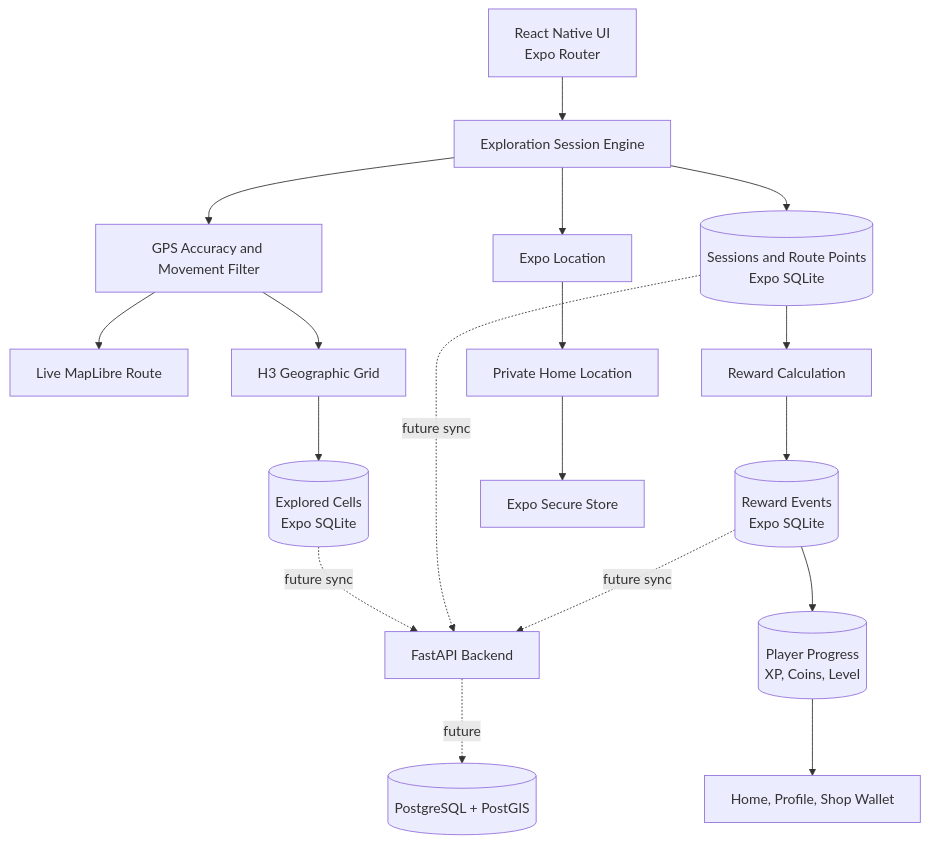
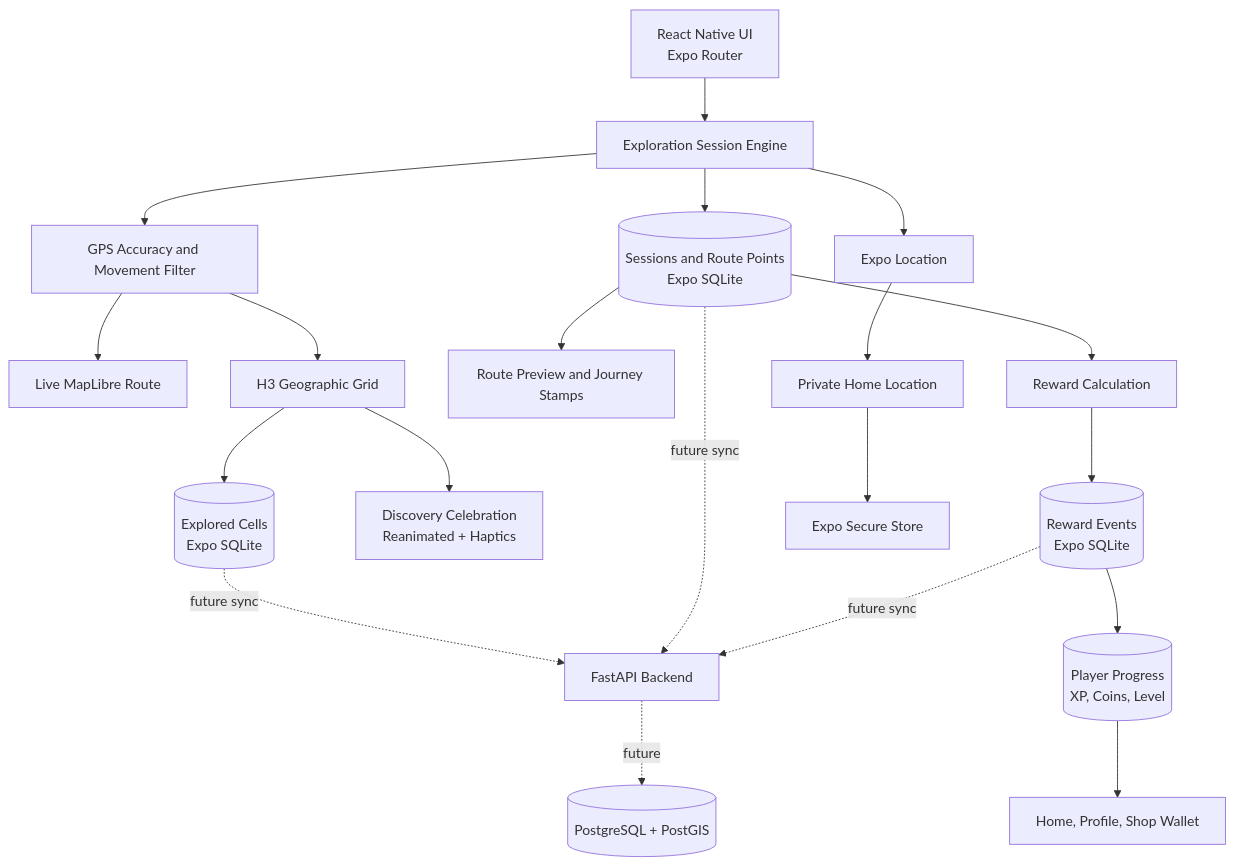
One commit to EdisonSenpai/Arukiyo changed the diagram in README.md. Above: the diagram before and after it, drawn with Mermaid. The commit also changed other lines of this file and 11 other files, not shown here.

First line of the commit message:
feat: add discovery feedback and journey celebrations (#3)

````diff
--- a/README.md
+++ b/README.md
@@ -192,20 +228,22 @@
 ```mermaid
 flowchart TD
     UI[React Native UI\nExpo Router] --> EXP[Exploration Session Engine]
     EXP --> GPS[Expo Location]
     EXP --> FILTER[GPS Accuracy and Movement Filter]
     FILTER --> ROUTE[Live MapLibre Route]
     FILTER --> GRID[H3 Geographic Grid]
     GRID --> CELLS[(Explored Cells\nExpo SQLite)]
+    GRID --> DISCOVERY[Discovery Celebration\nReanimated + Haptics]
     EXP --> SESSIONS[(Sessions and Route Points\nExpo SQLite)]
+    SESSIONS --> SUMMARY[Route Preview and Journey Stamps]
     SESSIONS --> REWARDS[Reward Calculation]
     REWARDS --> EVENTS[(Reward Events\nExpo SQLite)]
     EVENTS --> PLAYER[(Player Progress\nXP, Coins, Level)]
     PLAYER --> DASH[Home, Profile, Shop Wallet]
     GPS --> HOME[Private Home Location]
     HOME --> SECURE[Expo Secure Store]
     CELLS -. future sync .-> API[FastAPI Backend]
     SESSIONS -. future sync .-> API
     EVENTS -. future sync .-> API
     API -. future .-> POSTGIS[(PostgreSQL + PostGIS)]
 ```
````
